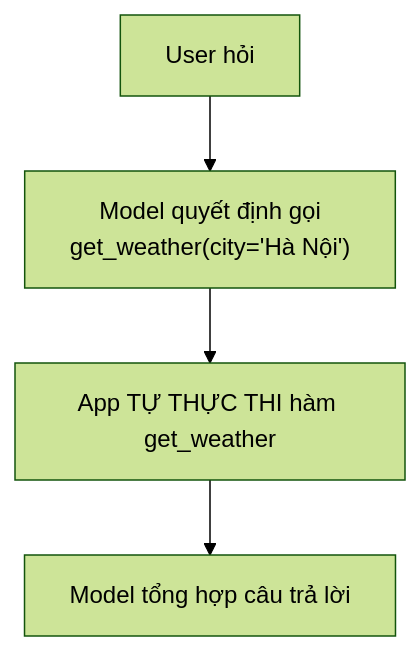
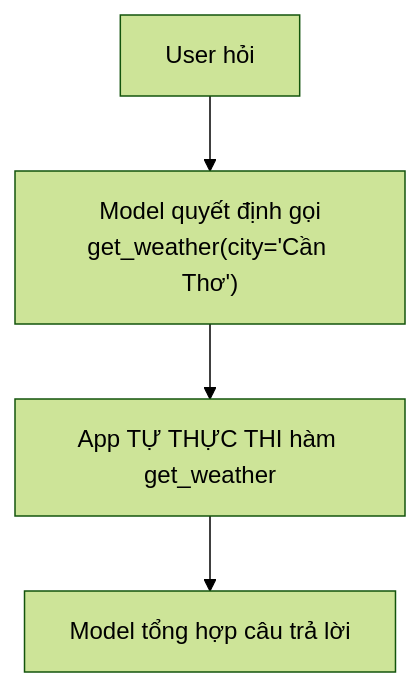
The first of 3 diagrams in 01-function-calling/README.md (Aohkne/LLm-Tool-Calling-Compare), drawn with Mermaid (forest theme) before and after one commit. The commit also changed other lines of this file and 7 other files, not shown here.

````diff
--- a/01-function-calling/README.md
+++ b/01-function-calling/README.md
@@ -6,6 +6,6 @@
 ```mermaid
 flowchart TD
-    A["User hỏi"] --> B["Model quyết định gọi<br/>get_weather(city='Hà Nội')"]
+    A["User hỏi"] --> B["Model quyết định gọi<br/>get_weather(city='Cần Thơ')"]
     B --> C["App TỰ THỰC THI hàm get_weather"]
     C --> D["Model tổng hợp câu trả lời"]
 ```
````
